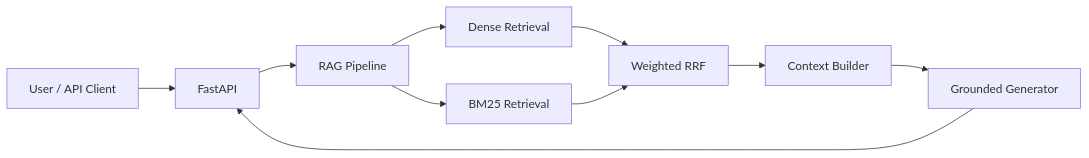
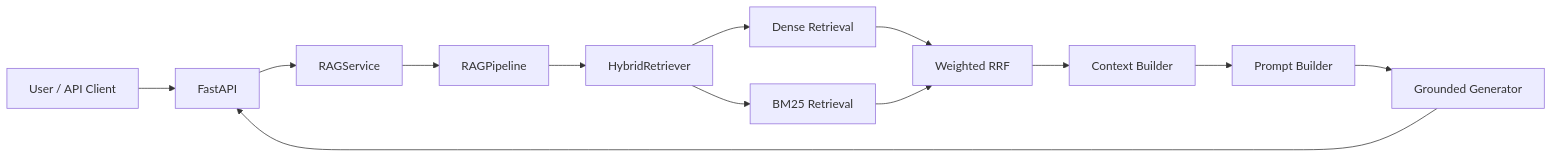
The diagram in README.md (Thazg/knowledge-intelligence-platform), drawn with Mermaid before and after one commit.

Commit message:
Revise architecture diagram in README
Updated architecture diagram to reflect new service and pipeline structure.

````diff
--- a/README.md
+++ b/README.md
@@ -41,16 +41,14 @@
 ```mermaid
 flowchart LR
-    U[User / API Client] --> API[FastAPI]
-
-    API --> RAG[RAG Pipeline]
-
-    RAG --> DENSE[Dense Retrieval]
-    RAG --> BM25[BM25 Retrieval]
-
-    DENSE --> RRF[Weighted RRF]
+    U["User / API Client"] --> API["FastAPI"]
+    API --> SERVICE["RAGService"]
+    SERVICE --> PIPELINE["RAGPipeline"]
+    PIPELINE --> HYBRID["HybridRetriever"]
+    HYBRID --> DENSE["Dense Retrieval"] & BM25["BM25 Retrieval"]
+    DENSE --> RRF["Weighted RRF"]
     BM25 --> RRF
-
-    RRF --> CTX[Context Builder]
-    CTX --> GEN[Grounded Generator]
+    RRF --> CTX["Context Builder"]
+    CTX --> PROMPT["Prompt Builder"]
+    PROMPT --> GEN["Grounded Generator"]
     GEN --> API
 ```
````
